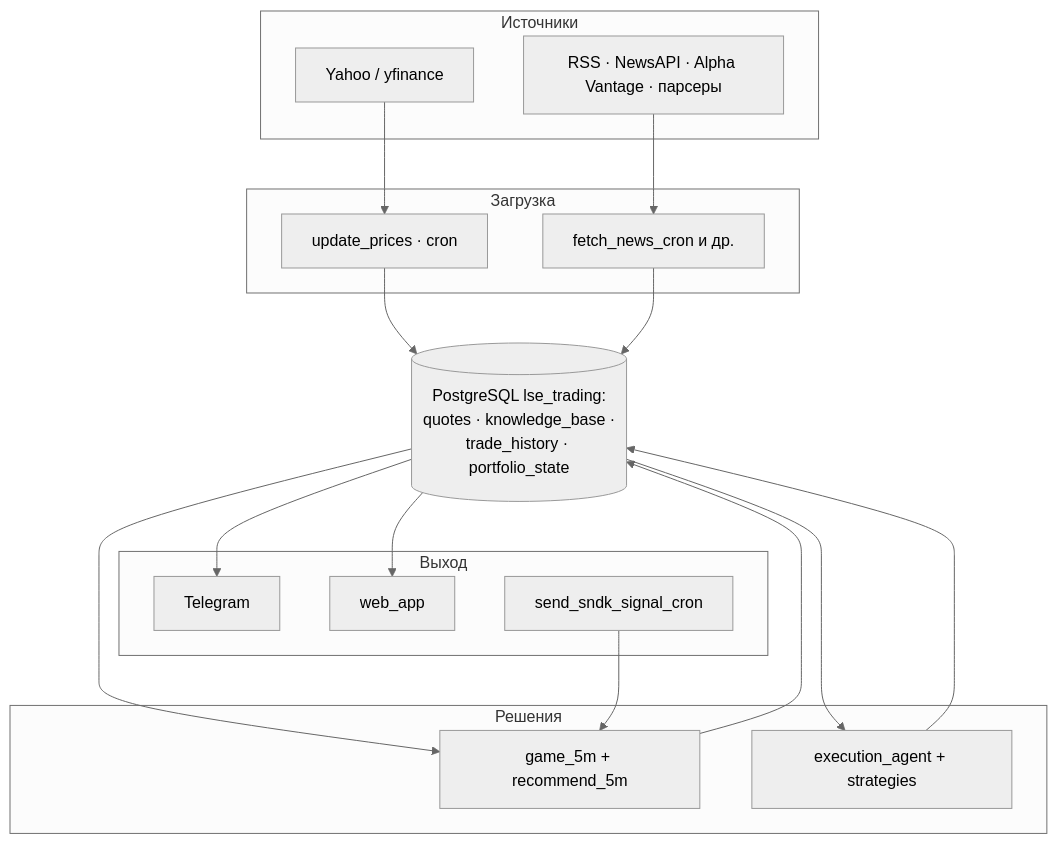
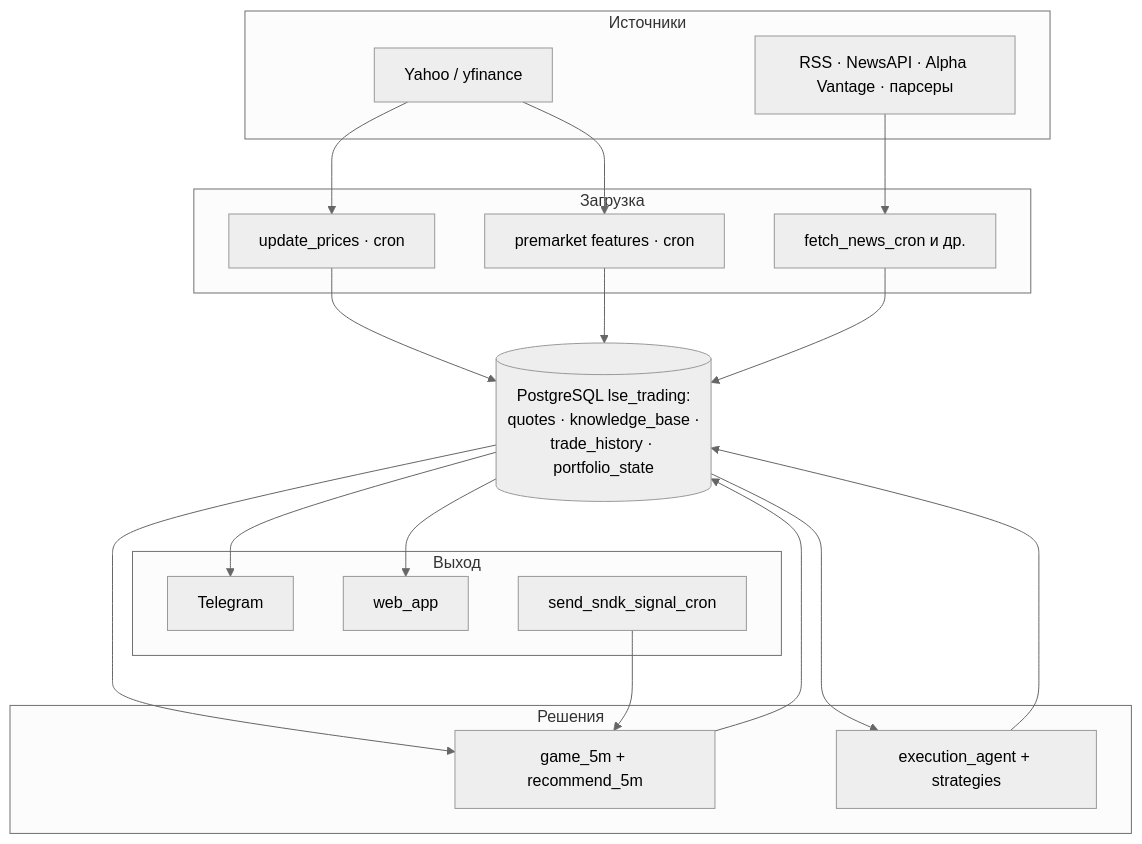
One commit to kobyzev-yuri/lse changed the diagram in docs/ARCHITECTURE.md. Above: the diagram before and after it, drawn with Mermaid (neutral theme). The commit also changed other lines of this file and 15 other files, not shown here.

````diff
--- a/docs/ARCHITECTURE.md
+++ b/docs/ARCHITECTURE.md
@@ -35,35 +36,37 @@
 ```mermaid
 flowchart TB
   subgraph Sources[Источники]
     YF[Yahoo / yfinance]
     RSS[RSS · NewsAPI · Alpha Vantage · парсеры]
   end
 
   subgraph Ingest[Загрузка]
     UP[update_prices · cron]
+    PM[premarket features · cron]
     FN[fetch_news_cron и др.]
   end
 
   DB[(PostgreSQL lse_trading:\nquotes · knowledge_base ·\ntrade_history · portfolio_state)]
 
   subgraph Core[Решения]
     G5[game_5m + recommend_5m]
     EA[execution_agent + strategies]
   end
 
   subgraph Out[Выход]
     TG[Telegram]
     WEB[web_app]
     CR5[send_sndk_signal_cron]
   end
 
   YF --> UP --> DB
+  YF --> PM --> DB
   RSS --> FN --> DB
   DB --> G5
   DB --> EA
   G5 --> DB
   EA --> DB
   DB --> TG
   DB --> WEB
   CR5 --> G5
 ```
````
